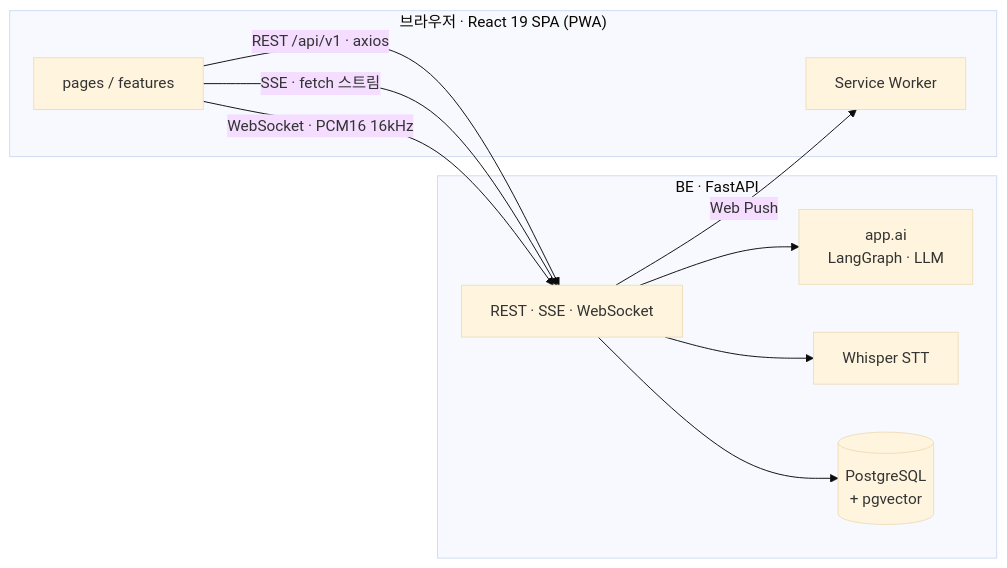
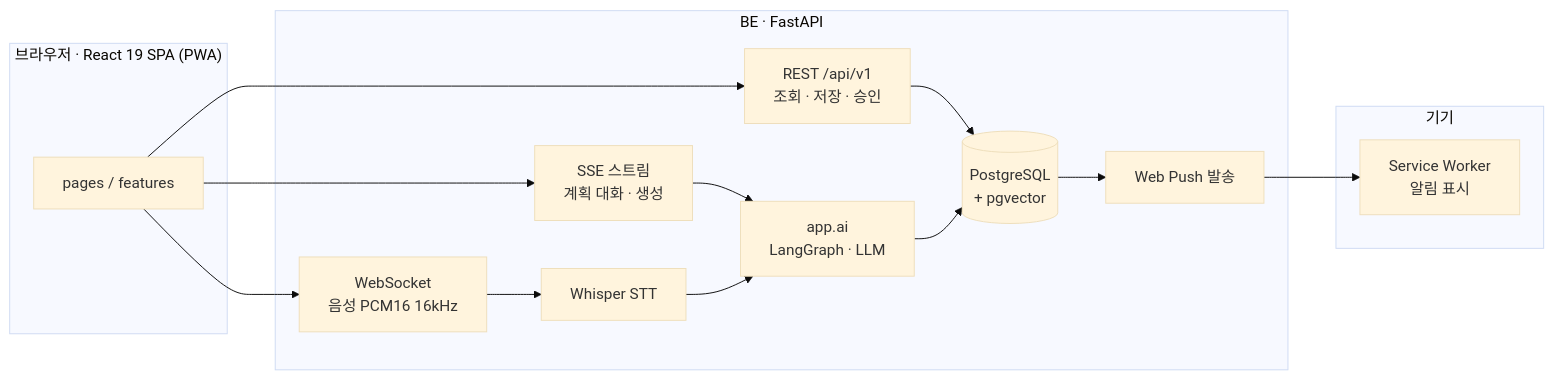
One commit to kakaotechcampus-4/ktc4-kyungpook-5 changed the diagram in fe/README.md. Above: the diagram before and after it, drawn with Mermaid (base theme).

Commit message:
Docs: 아키텍처 그림의 글자 겹침을 없앤다
세 통신 방식을 화살표 글자로 달았더니 한 점으로 모이면서 글자끼리
겹쳐 읽기 어려웠다. 글자를 화살표에서 떼어 상자 이름으로 옮겼다.

왼쪽에서 오른쪽으로 한 줄로 흐르게 다시 놓았다. 화면 → REST·SSE·WS
→ AI·STT·DB → Web Push → 기기 순이라 선이 서로 넘지 않는다.
무엇이 무엇을 거쳐 어디에 닿는지도 전보다 또렷하다.

````diff
--- a/fe/README.md
+++ b/fe/README.md
@@ -198,22 +198,31 @@
 ```mermaid
 graph LR
     subgraph Browser["브라우저 · React 19 SPA (PWA)"]
         UI["pages / features"]
-        SW["Service Worker"]
     end
 
     subgraph Server["BE · FastAPI"]
-        API["REST · SSE · WebSocket"]
+        REST["REST /api/v1<br/>조회 · 저장 · 승인"]
+        SSE["SSE 스트림<br/>계획 대화 · 생성"]
+        WS["WebSocket<br/>음성 PCM16 16kHz"]
         AI["app.ai<br/>LangGraph · LLM"]
         STT["Whisper STT"]
         DB[("PostgreSQL<br/>+ pgvector")]
+        PUSH["Web Push 발송"]
     end
 
-    UI -->|"REST /api/v1 · axios"| API
-    UI -->|"SSE · fetch 스트림"| API
-    UI -->|"WebSocket · PCM16 16kHz"| API
-    API --> AI
-    API --> STT
-    API --> DB
-    API -->|"Web Push"| SW
+    subgraph Device["기기"]
+        SW["Service Worker<br/>알림 표시"]
+    end
+
+    UI --> REST
+    UI --> SSE
+    UI --> WS
+    REST --> DB
+    SSE --> AI
+    WS --> STT
+    STT --> AI
+    AI --> DB
+    DB --> PUSH
+    PUSH --> SW
 ```
````
